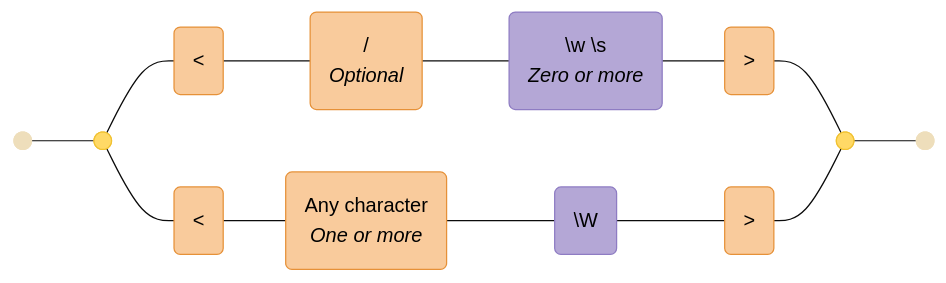
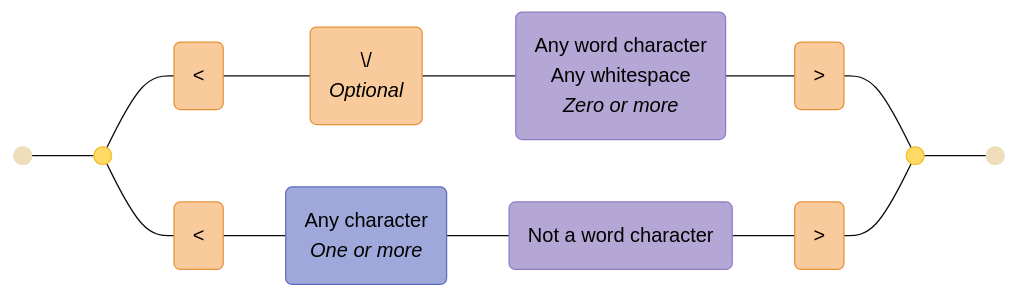
One commit to tayles/regex-to-mermaid changed the eighth of 15 diagrams in EXAMPLES.md. Above: the diagram before and after it, drawn with Mermaid (base theme). The commit also changed other lines of this file and 89 other files, not shown here.

````diff
--- a/EXAMPLES.md
+++ b/EXAMPLES.md
@@ -2409,39 +2216,40 @@
 ```mermaid
 graph LR
   accTitle: "Regex: <\\/?[\\w\\s]*>|<.+[\\W]>"
-  accDescr: "Generated with regex-to-mermaid@1.0.4"
+  accDescr: "Generated with regex-to-mermaid@2.0.0"
 
   %% Nodes
   start@{ shape: f-circ };
   fin@{ shape: f-circ };
   disjunction_begin_1:::disjunction@{ shape: f-circ };
   disjunction_end_1:::disjunction@{ shape: f-circ };
   literal_1("<"):::literal;
-  literal_2("/<br><i>Optional</i>"):::literal;
-  char_class_1("\w \s<br><i>Zero or more</i>"):::char-class;
+  literal_2("\/<br><i>Optional</i>"):::literal;
+  char_class_1("Any word character<br>Any whitespace<br><i>Zero or more</i>"):::char-class;
   literal_3(">"):::literal;
   literal_4("<"):::literal;
-  literal_5("Any character<br><i>One or more</i>"):::literal;
-  char_class_2("\W"):::char-class;
-  literal_6(">"):::literal;
+  char_set_1("Any character<br><i>One or more</i>"):::char-set;
+  char_class_2("Not a word character"):::char-class;
+  literal_5(">"):::literal;
 
   %% Edges
   start --- disjunction_begin_1;
   disjunction_begin_1 --- literal_1;
   literal_1 --- literal_2;
   literal_2 --- char_class_1;
   char_class_1 --- literal_3;
   literal_3 --- disjunction_end_1;
   disjunction_begin_1 --- literal_4;
-  literal_4 --- literal_5;
-  literal_5 --- char_class_2;
-  char_class_2 --- literal_6;
-  literal_6 --- disjunction_end_1;
+  literal_4 --- char_set_1;
+  char_set_1 --- char_class_2;
+  char_class_2 --- literal_5;
+  literal_5 --- disjunction_end_1;
   disjunction_end_1 --- fin;
 
   %% Styles
   %% Node Styling
   classDef disjunction fill:#FFD966,stroke:#F1C232,color:#000000;
   classDef literal fill:#F9CB9C,stroke:#E69138,color:#000000;
   classDef char-class fill:#B4A7D6,stroke:#8E7CC3,color:#000000;
+  classDef char-set fill:#9FA8DA,stroke:#5C6BC0,color:#000000;
 ```
````
